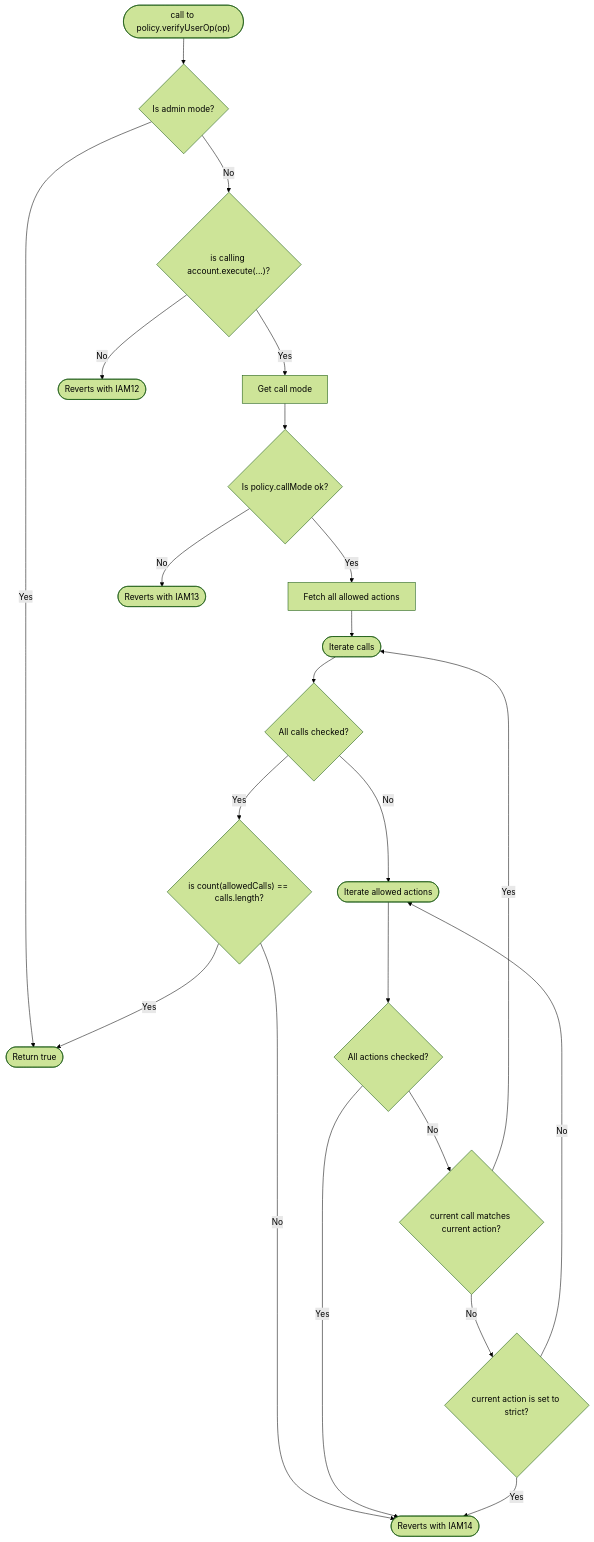
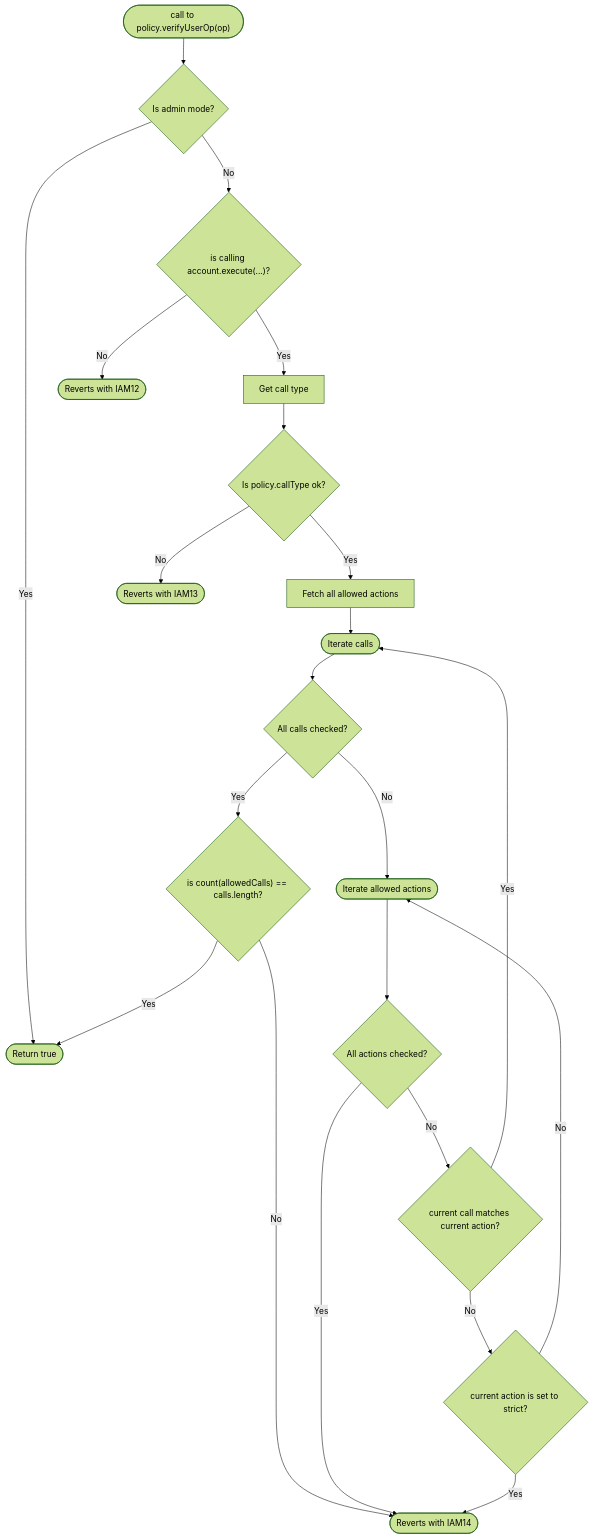
One commit to stackup-wallet/accessctl changed the second of 2 diagrams in README.md. Above: the diagram before and after it, drawn with Mermaid (forest theme). The commit also changed other lines of this file and 4 other files, not shown here.

````diff
--- a/README.md
+++ b/README.md
@@ -153,24 +153,24 @@
 ```mermaid
 flowchart TD
     start(["call to policy.verifyUserOp(op)"])-->isAdmin{Is admin mode?}
     isAdmin-->|Yes|ok([Return true])
     isAdmin-->|No|isExec{"is calling account.execute(...)?"}
-    isExec-->|Yes|getCallMode["Get call mode"]
+    isExec-->|Yes|getCallType["Get call type"]
     isExec-->|No|iam12([Reverts with IAM12])
-    getCallMode-->isCallModeOk{"Is policy.callMode ok?"}
-    isCallModeOk-->|Yes|hydrateActions[Fetch all allowed actions]
-    isCallModeOk-->|No|iam13([Reverts with IAM13])
+    getCallType-->isCallTypeOk{"Is policy.callType ok?"}
+    isCallTypeOk-->|Yes|hydrateActions[Fetch all allowed actions]
+    isCallTypeOk-->|No|iam13([Reverts with IAM13])
     hydrateActions-->iterateCalls([Iterate calls])
     iterateCalls-->isLastCall{All calls checked?}
     isLastCall-->|Yes|allCallsOk{"is count(allowedCalls) == calls.length?"}
     allCallsOk-->|Yes|ok
     allCallsOk-->|No|iam14([Reverts with IAM14])
     isLastCall-->|No|iterateActions([Iterate allowed actions])
     iterateActions-->isLastAction{All actions checked?}
     isLastAction-->|Yes|iam14
     isLastAction-->|No|isCallActionMatch{current call matches current action?}
     isCallActionMatch-->|No|isStrictMode{current action is set to strict?}
     isStrictMode-->|Yes|iam14
     isStrictMode-->|No|iterateActions
     isCallActionMatch-->|Yes|iterateCalls
 ```
````
